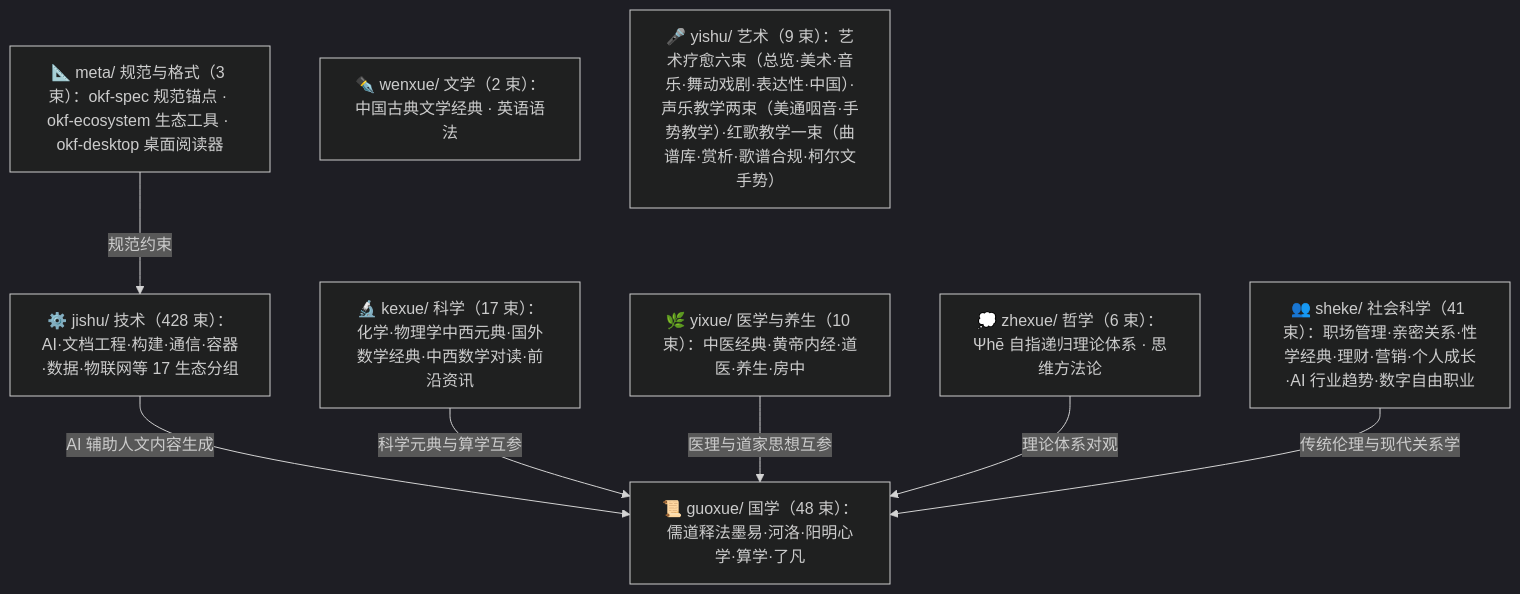
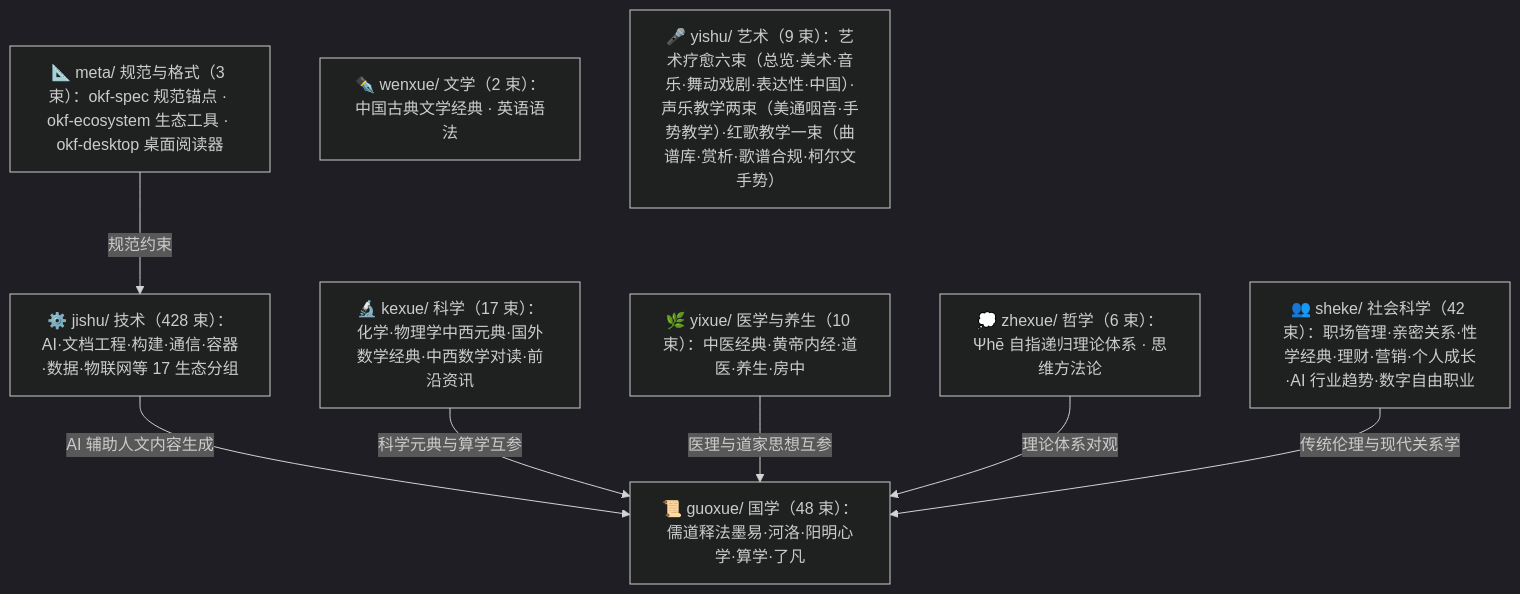
One commit to awesome-flexloop/awesome-okf changed the diagram in doc/bundles/index.md. Above: the diagram before and after it, drawn with Mermaid (dark theme). The commit also changed other lines of this file and 16 other files, not shown here.

````diff
--- a/doc/bundles/index.md
+++ b/doc/bundles/index.md
@@ -21,18 +21,18 @@
 ```mermaid
 flowchart TD
     meta["📐 meta/ 规范与格式（3 束）：okf-spec 规范锚点 · okf-ecosystem 生态工具 · okf-desktop 桌面阅读器"]
     guoxue["📜 guoxue/ 国学（48 束）：儒道释法墨易·河洛·阳明心学·算学·了凡"]
     zhexue["💭 zhexue/ 哲学（6 束）：Ψhē 自指递归理论体系 · 思维方法论"]
     kexue["🔬 kexue/ 科学（17 束）：化学·物理学中西元典·国外数学经典·中西数学对读·前沿资讯"]
     wenxue["✒️ wenxue/ 文学（2 束）：中国古典文学经典 · 英语语法"]
     yixue["🌿 yixue/ 医学与养生（10 束）：中医经典·黄帝内经·道医·养生·房中"]
-    sheke["👥 sheke/ 社会科学（41 束）：职场管理·亲密关系·性学经典·理财·营销·个人成长·AI 行业趋势·数字自由职业"]
+    sheke["👥 sheke/ 社会科学（42 束）：职场管理·亲密关系·性学经典·理财·营销·个人成长·AI 行业趋势·数字自由职业"]
     yishu["🎤 yishu/ 艺术（9 束）：艺术疗愈六束（总览·美术·音乐·舞动戏剧·表达性·中国）·声乐教学两束（美通咽音·手势教学）·红歌教学一束（曲谱库·赏析·歌谱合规·柯尔文手势）"]
     jishu["⚙️ jishu/ 技术（428 束）：AI·文档工程·构建·通信·容器·数据·物联网等 17 生态分组"]
     meta -->|"规范约束"| jishu
     jishu -->|"AI 辅助人文内容生成"| guoxue
     kexue -->|"科学元典与算学互参"| guoxue
     yixue -->|"医理与道家思想互参"| guoxue
     zhexue -->|"理论体系对观"| guoxue
     sheke -->|"传统伦理与现代关系学"| guoxue
 ```
````
